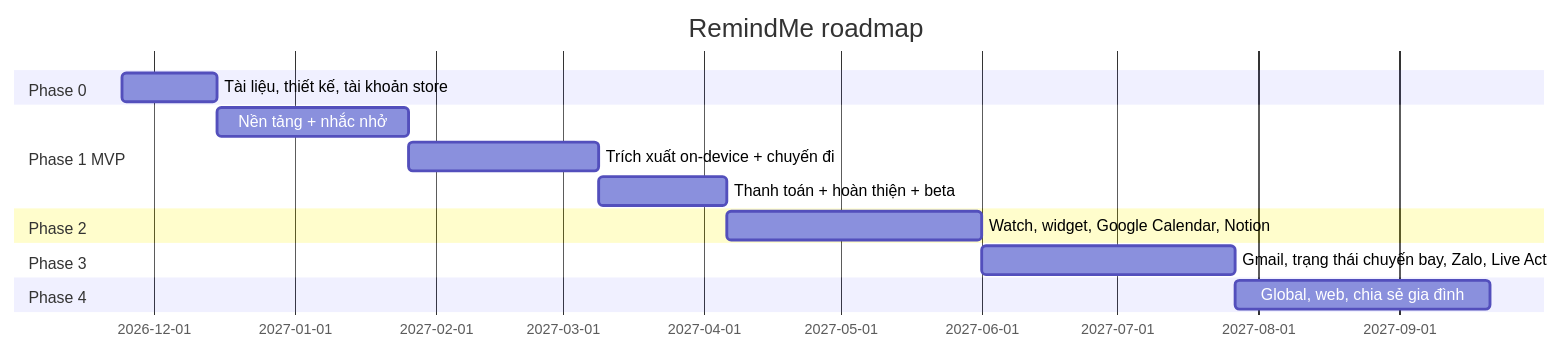
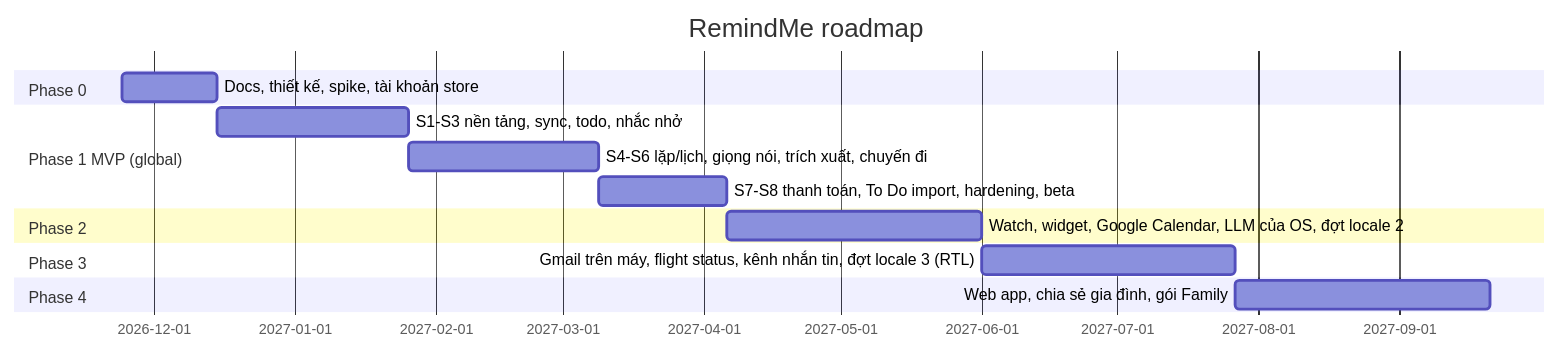
The diagram in docs/plan/implementation-plan.md (ducpham2806/RemindMe), drawn with Mermaid before and after one commit. The commit also changed other lines of this file and 24 other files, not shown here.

First line of the commit message:
docs: chuyển sang global từ launch, giọng nói đa vùng, sửa chồng chéo toàn bộ docs

````diff
--- a/docs/plan/implementation-plan.md
+++ b/docs/plan/implementation-plan.md
@@ -9,17 +11,17 @@
 ```mermaid
 gantt
   dateFormat YYYY-MM-DD
   title RemindMe roadmap
   section Phase 0
-  Tài liệu, thiết kế, tài khoản store        :p0, 2026-11-24, 3w
-  section Phase 1 MVP
-  Nền tảng + nhắc nhở                         :p1a, after p0, 6w
-  Trích xuất on-device + chuyến đi            :p1b, after p1a, 6w
-  Thanh toán + hoàn thiện + beta              :p1c, after p1b, 4w
+  Docs, thiết kế, spike, tài khoản store        :p0, 2026-11-24, 3w
+  section Phase 1 MVP (global)
+  S1-S3 nền tảng, sync, todo, nhắc nhở           :p1a, after p0, 6w
+  S4-S6 lặp/lịch, giọng nói, trích xuất, chuyến đi:p1b, after p1a, 6w
+  S7-S8 thanh toán, To Do import, hardening, beta :p1c, after p1b, 4w
   section Phase 2
-  Watch, widget, Google Calendar, Notion      :p2, after p1c, 8w
+  Watch, widget, Google Calendar, LLM của OS, đợt locale 2 :p2, after p1c, 8w
   section Phase 3
-  Gmail, trạng thái chuyến bay, Zalo, Live Act:p3, after p2, 8w
+  Gmail trên máy, flight status, kênh nhắn tin, đợt locale 3 (RTL) :p3, after p2, 8w
   section Phase 4
-  Global, web, chia sẻ gia đình               :p4, after p3, 8w
+  Web app, chia sẻ gia đình, gói Family          :p4, after p3, 8w
 ```
````
